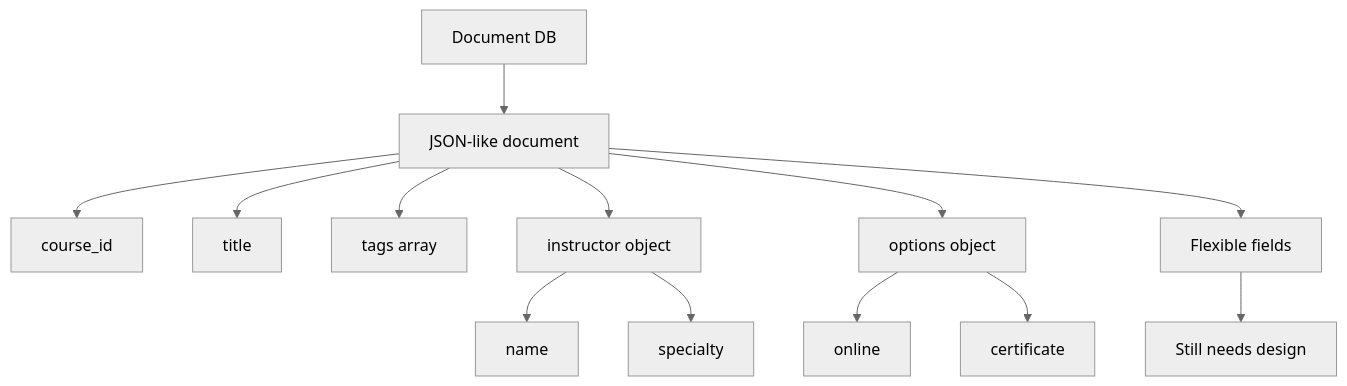
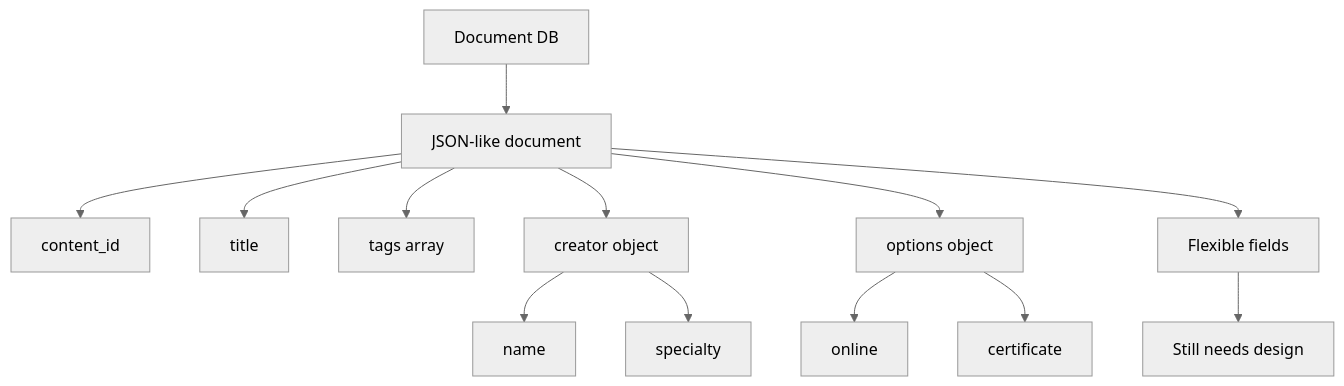
The diagram in images/chapter12/ch12_04_document_json_structure.mmd (GilbertMoon/ai-database-book), drawn with Mermaid (neutral theme) before and after one commit. The commit also changed 82 other files, not shown here.

```diff
--- a/images/chapter12/ch12_04_document_json_structure.mmd
+++ b/images/chapter12/ch12_04_document_json_structure.mmd
@@ -1,17 +1,17 @@
 flowchart TB
     A[Document DB] --> B[JSON-like document]
 
-    B --> C[course_id]
+    B --> C[content_id]
     B --> D[title]
     B --> E[tags array]
-    B --> F[instructor object]
+    B --> F[creator object]
     B --> G[options object]
 
     F --> F1[name]
     F --> F2[specialty]
 
     G --> G1[online]
     G --> G2[certificate]
 
     B --> H[Flexible fields]
     H --> I[Still needs design]
```
